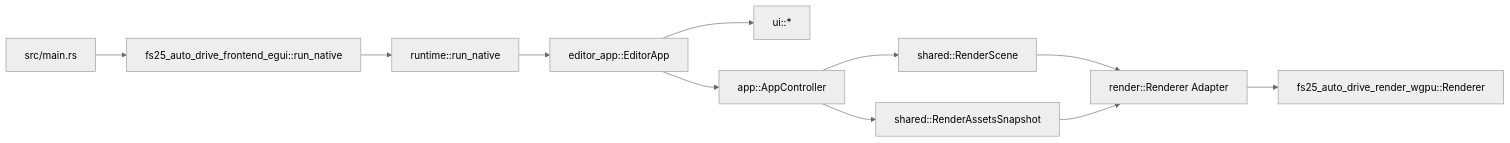
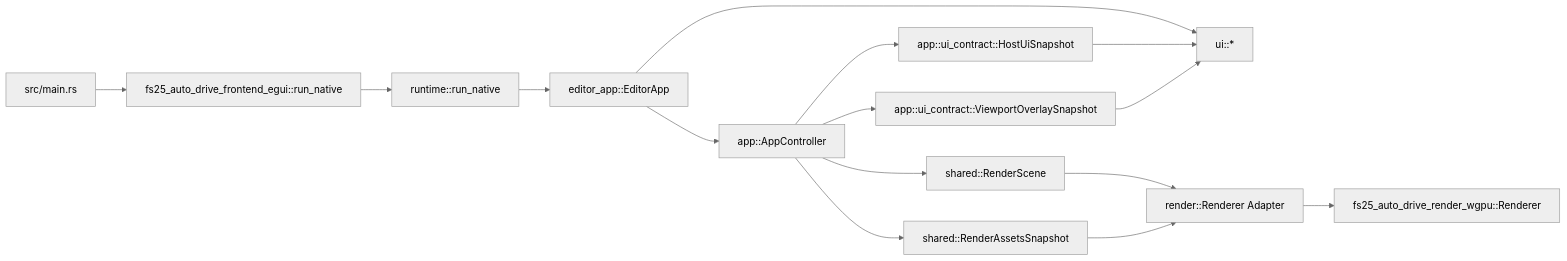
One commit to mro68/fs25_ad_editor changed the diagram in crates/fs25_auto_drive_frontend_egui/API.md. Above: the diagram before and after it, drawn with Mermaid (neutral theme). The commit also changed other lines of this file and 4 other files, not shown here.

````diff
--- a/crates/fs25_auto_drive_frontend_egui/API.md
+++ b/crates/fs25_auto_drive_frontend_egui/API.md
@@ -47,13 +51,17 @@
 ```mermaid
 flowchart LR
 	MAIN[src/main.rs] --> ENTRY[fs25_auto_drive_frontend_egui::run_native]
 	ENTRY --> RUNTIME[runtime::run_native]
 	RUNTIME --> EDITOR[editor_app::EditorApp]
 	EDITOR --> UI[ui::*]
 	EDITOR --> CTRL[app::AppController]
+	CTRL --> HOSTUI[app::ui_contract::HostUiSnapshot]
+	CTRL --> OVERLAY[app::ui_contract::ViewportOverlaySnapshot]
 	CTRL --> SCENE[shared::RenderScene]
 	CTRL --> ASSETS[shared::RenderAssetsSnapshot]
+	HOSTUI --> UI
+	OVERLAY --> UI
 	SCENE --> RENDER[render::Renderer Adapter]
 	ASSETS --> RENDER
 	RENDER --> CORE[fs25_auto_drive_render_wgpu::Renderer]
 ```
````
